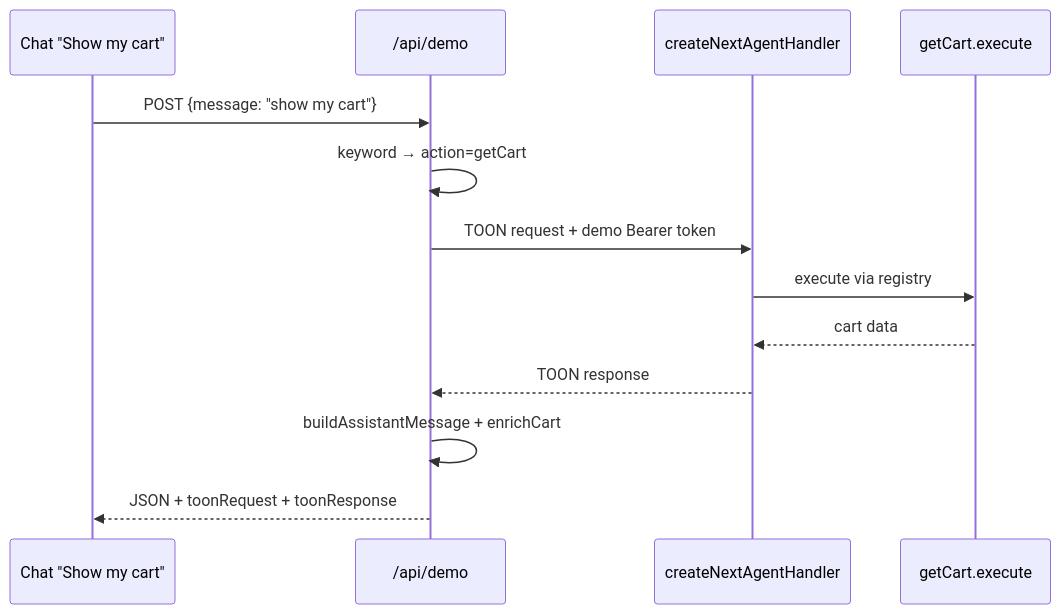
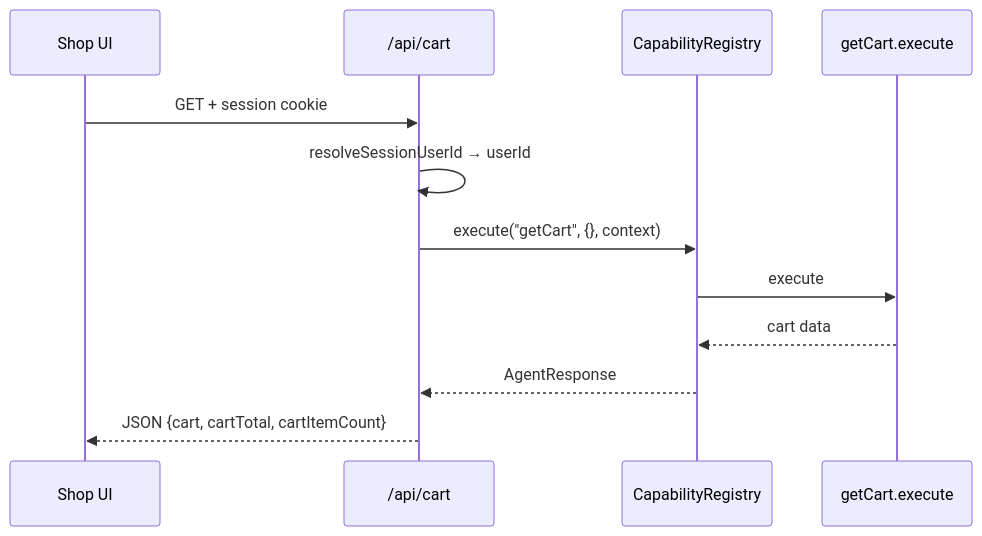
Before and after one commit to Luke-official/lite-toon: the seventh of 17 diagrams in docs/concepts/capability-flows.md, drawn with Mermaid. The commit also changed other lines of this file and 55 other files, not shown here.

Commit message:
feat: implement new cart API endpoints and enhance demo app UI; remove legacy MCP message and SSE endpoints, update documentation, and improve user experience with clearer prompts and cart management features

````diff
--- a/docs/concepts/capability-flows.md
+++ b/docs/concepts/capability-flows.md
@@ -195,16 +193,15 @@
 ```mermaid
 sequenceDiagram
-    participant UI as Chat "Show my cart"
-    participant Demo as /api/demo
-    participant Adapter as createNextAgentHandler
+    participant UI as Shop UI
+    participant Cart as /api/cart
+    participant Reg as CapabilityRegistry
     participant Cap as getCart.execute
 
-    UI->>Demo: POST {message: "show my cart"}
-    Demo->>Demo: keyword → action=getCart
-    Demo->>Adapter: TOON request + demo Bearer token
-    Adapter->>Cap: execute via registry
-    Cap-->>Adapter: cart data
-    Adapter-->>Demo: TOON response
-    Demo->>Demo: buildAssistantMessage + enrichCart
-    Demo-->>UI: JSON + toonRequest + toonResponse
+    UI->>Cart: GET + session cookie
+    Cart->>Cart: resolveSessionUserId → userId
+    Cart->>Reg: execute("getCart", {}, context)
+    Reg->>Cap: execute
+    Cap-->>Reg: cart data
+    Reg-->>Cart: AgentResponse
+    Cart-->>UI: JSON {cart, cartTotal, cartItemCount}
 ```
````
